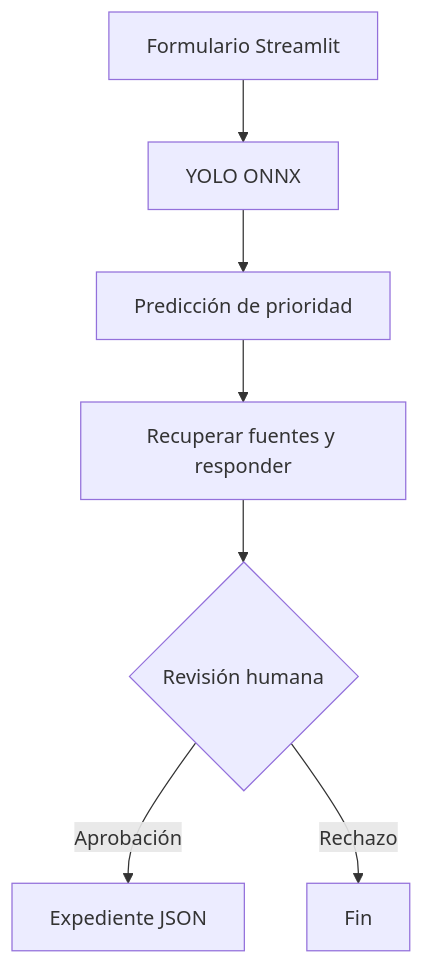
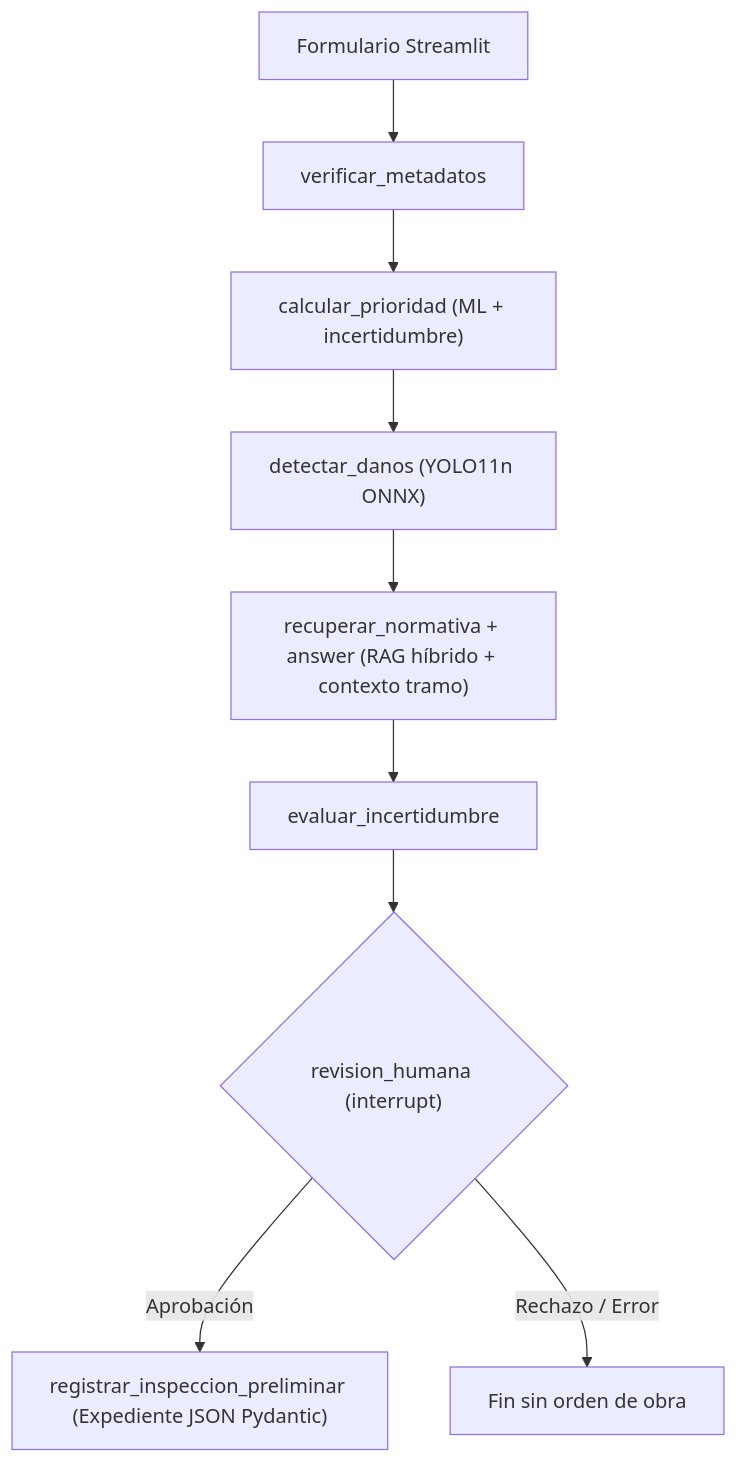
One commit to k3vind0/ViaVision-AI changed the diagram in ViaVision-AI/README.md. Above: the diagram before and after it, drawn with Mermaid. The commit also changed other lines of this file and 69 other files, not shown here.

````diff
--- a/ViaVision-AI/README.md
+++ b/ViaVision-AI/README.md
@@ -40,9 +81,11 @@
 ```mermaid
 flowchart TD
-    A["Formulario Streamlit"] --> V["YOLO ONNX"]
-    V --> M["Predicción de prioridad"]
-    M --> R["Recuperar fuentes y responder"]
-    R --> H{"Revisión humana"}
-    H -->|Aprobación| E["Expediente JSON"]
-    H -->|Rechazo| F["Fin"]
+    A["Formulario Streamlit"] --> M0["verificar_metadatos"]
+    M0 --> M["calcular_prioridad (ML + incertidumbre)"]
+    M --> V["detectar_danos (YOLO11n ONNX)"]
+    V --> R["recuperar_normativa + answer (RAG híbrido + contexto tramo)"]
+    R --> U["evaluar_incertidumbre"]
+    U --> H{"revision_humana (interrupt)"}
+    H -->|Aprobación| E["registrar_inspeccion_preliminar (Expediente JSON Pydantic)"]
+    H -->|Rechazo / Error| F["Fin sin orden de obra"]
 ```
````
